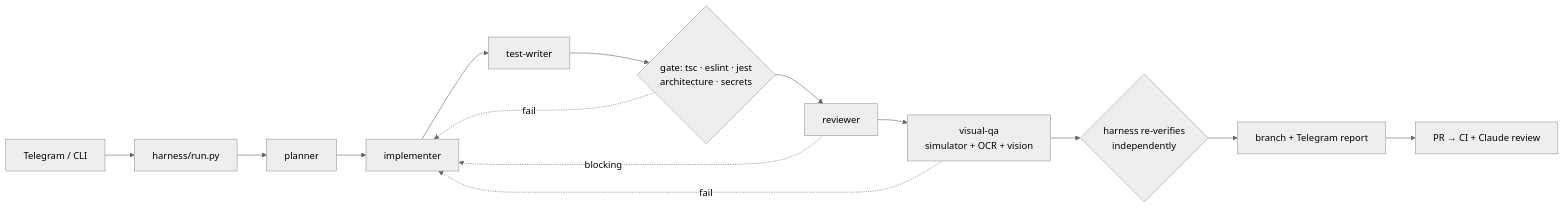
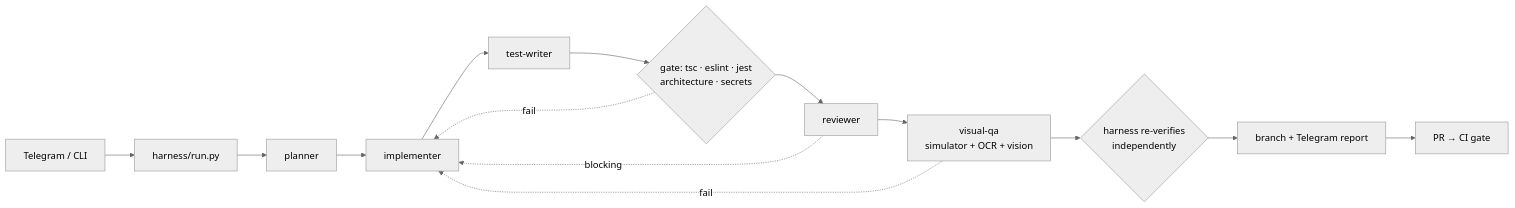
The diagram in readme.md (kevingo710/dota2App), drawn with Mermaid (neutral theme) before and after one commit. The commit also changed other lines of this file and 2 other files, not shown here.

First line of the commit message:
ci: drop the Claude PR review workflow

````diff
--- a/readme.md
+++ b/readme.md
@@ -38,12 +38,12 @@
 ```mermaid
 flowchart LR
   A[Telegram / CLI] --> B[harness/run.py]
   B --> C[planner] --> D[implementer] --> E[test-writer]
   E --> F{gate: tsc · eslint · jest<br/>architecture · secrets}
   F --> G[reviewer] --> H[visual-qa<br/>simulator + OCR + vision]
   F -. fail .-> D
   G -. blocking .-> D
   H -. fail .-> D
   H --> I{harness re-verifies<br/>independently}
-  I --> J[branch + Telegram report] --> K[PR → CI + Claude review]
+  I --> J[branch + Telegram report] --> K[PR → CI gate]
 ```
````
